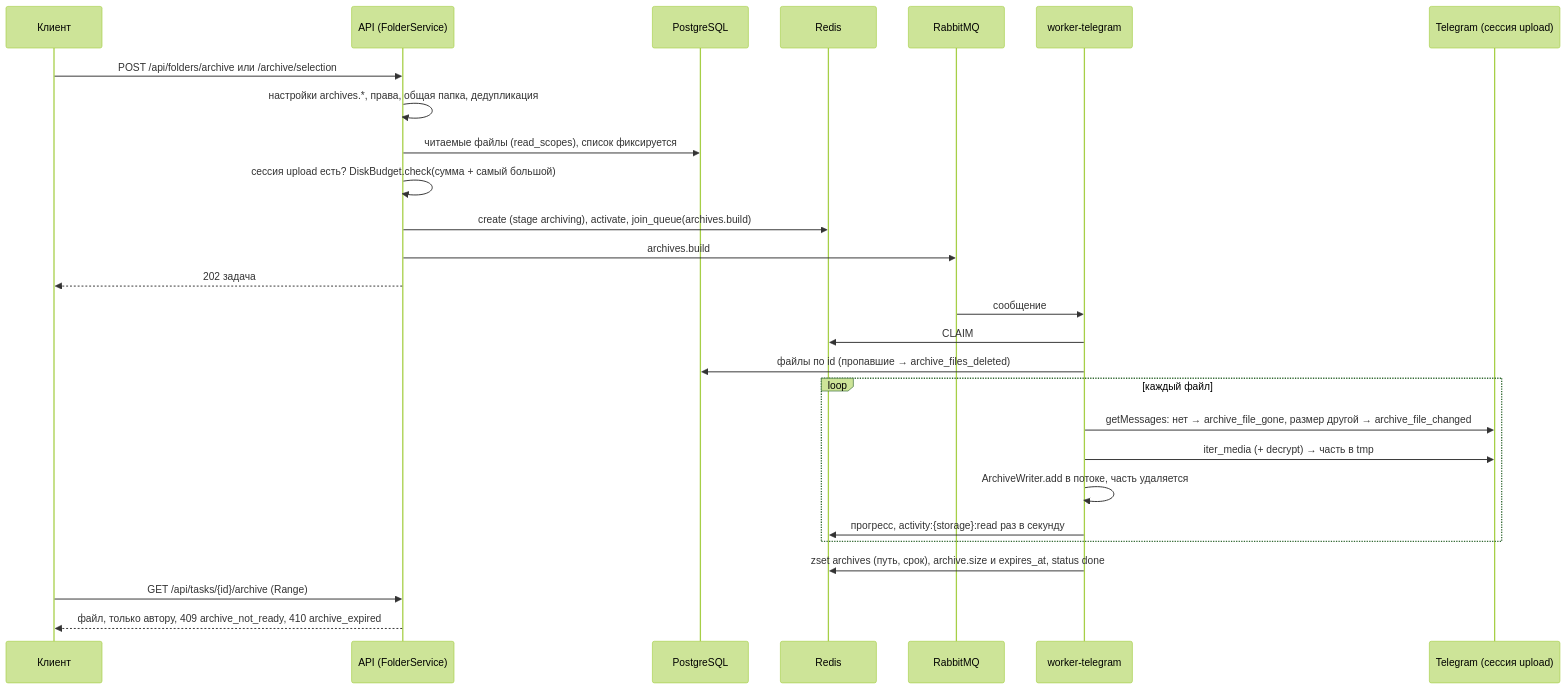
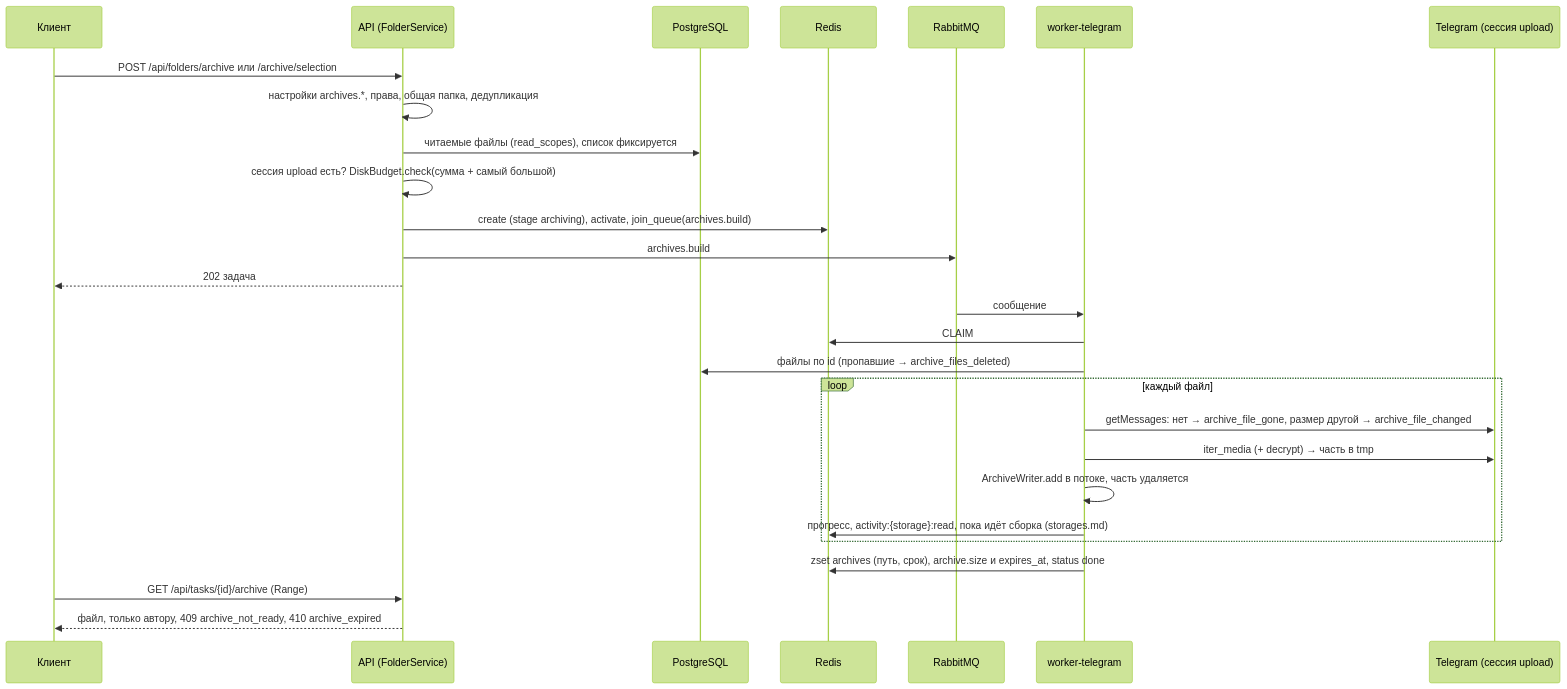
One commit to NikitkaZXC/tcloud-backend changed the first of 2 diagrams in docs/flows/folders-and-files.md. Above: the diagram before and after it, drawn with Mermaid (forest theme). The commit also changed other lines of this file and 11 other files, not shown here.

Commit message:
fix: read/write activity follows each running operation and ends 1 s after it, disconnects included

````diff
--- a/docs/flows/folders-and-files.md
+++ b/docs/flows/folders-and-files.md
@@ -116,29 +116,29 @@
 ```mermaid
 sequenceDiagram
     participant C as Клиент
     participant A as API (FolderService)
     participant DB as PostgreSQL
     participant R as Redis
     participant Q as RabbitMQ
     participant T as worker-telegram
     participant TG as Telegram (сессия upload)
     C->>A: POST /api/folders/archive или /archive/selection
     A->>A: настройки archives.*, права, общая папка, дедупликация
     A->>DB: читаемые файлы (read_scopes), список фиксируется
     A->>A: сессия upload есть? DiskBudget.check(сумма + самый большой)
     A->>R: create (stage archiving), activate, join_queue(archives.build)
     A->>Q: archives.build
     A-->>C: 202 задача
     Q->>T: сообщение
     T->>R: CLAIM
     T->>DB: файлы по id (пропавшие → archive_files_deleted)
     loop каждый файл
         T->>TG: getMessages: нет → archive_file_gone, размер другой → archive_file_changed
         T->>TG: iter_media (+ decrypt) → часть в tmp
         T->>T: ArchiveWriter.add в потоке, часть удаляется
-        T->>R: прогресс, activity:{storage}:read раз в секунду
+        T->>R: прогресс, activity:{storage}:read, пока идёт сборка (storages.md)
     end
     T->>R: zset archives (путь, срок), archive.size и expires_at, status done
     C->>A: GET /api/tasks/{id}/archive (Range)
     A-->>C: файл, только автору, 409 archive_not_ready, 410 archive_expired
 ```
````
